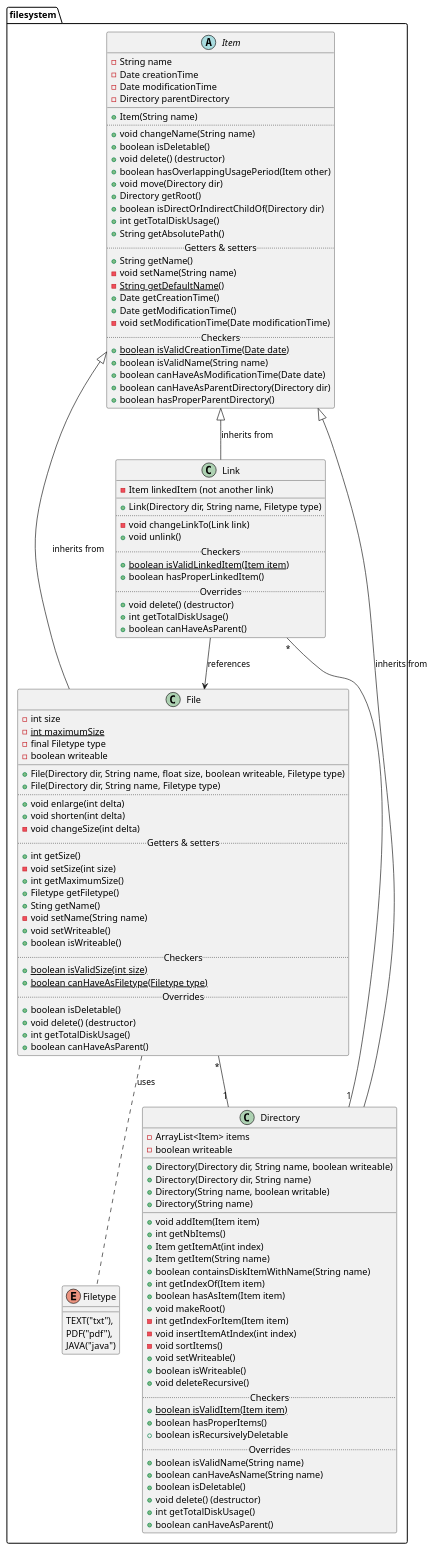
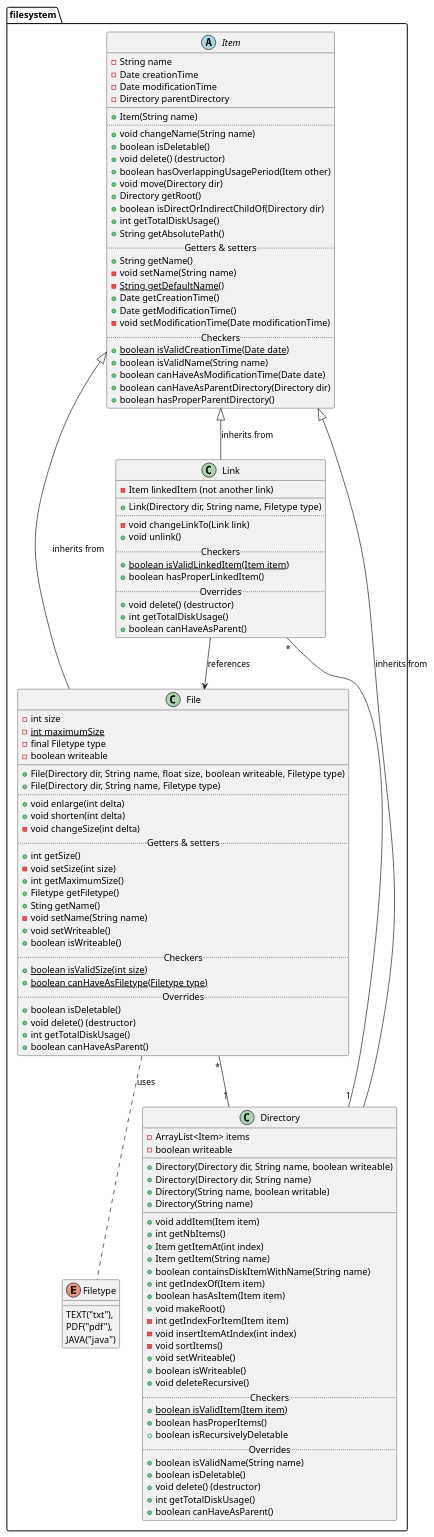
One commit to vanschependom/KULAK_ogp-practicum2 changed the diagram in class-diagram/classdiagram_update.puml. Above: the diagram before and after it, drawn with PlantUML. The commit also changed 2 other files, not shown here.

Commit message:
Added Directory class, deleted one line in class diagram, added a todo to Item class

```diff
--- a/class-diagram/classdiagram_update.puml
+++ b/class-diagram/classdiagram_update.puml
@@ -1,138 +1,137 @@
 @startuml
 
 package filesystem {
 
 abstract Item {
     - String name
     - Date creationTime
     - Date modificationTime
     - Directory parentDirectory
 __
     + Item(String name)
 ..
     + void changeName(String name)
     + boolean isDeletable()
     + void delete() (destructor)
     + boolean hasOverlappingUsagePeriod(Item other)
     + void move(Directory dir)
     + Directory getRoot()
     + boolean isDirectOrIndirectChildOf(Directory dir)
     + int getTotalDiskUsage()
     + String getAbsolutePath()
 ..Getters & setters..
     + String getName()
     - void setName(String name)
     - {static} String getDefaultName()
     + Date getCreationTime()
     + Date getModificationTime()
     - void setModificationTime(Date modificationTime)
 ..Checkers..
     + {static} boolean isValidCreationTime(Date date)
     + boolean isValidName(String name)
     + boolean canHaveAsModificationTime(Date date)
     + boolean canHaveAsParentDirectory(Directory dir)
     + boolean hasProperParentDirectory()
 }
 
 class File {
     - int size
     - {static} int maximumSize
     - final Filetype type
     - boolean writeable
 __
     + File(Directory dir, String name, float size, boolean writeable, Filetype type)
     + File(Directory dir, String name, Filetype type)
 ..
     + void enlarge(int delta)
     + void shorten(int delta)
     - void changeSize(int delta)
 ..Getters & setters..
     + int getSize()
     - void setSize(int size)
     + int getMaximumSize()
     + Filetype getFiletype()
     + Sting getName()
     - void setName(String name)
     + void setWriteable()
     + boolean isWriteable()
 ..Checkers..
     + {static} boolean isValidSize(int size)
     + {static} boolean canHaveAsFiletype(Filetype type)
 ..Overrides..
     + boolean isDeletable()
     + void delete() (destructor)
     + int getTotalDiskUsage()
     + boolean canHaveAsParent()
 }
 
 enum Filetype {
     TEXT("txt"),
     PDF("pdf"),
     JAVA("java")
 }
 
 class Directory {
     - ArrayList<Item> items
     - boolean writeable
 __
     + Directory(Directory dir, String name, boolean writeable)
     + Directory(Directory dir, String name)
     + Directory(String name, boolean writable)
     + Directory(String name)
 __
     + void addItem(Item item)
     + int getNbItems()
     + Item getItemAt(int index)
     + Item getItem(String name)
     + boolean containsDiskItemWithName(String name)
     + int getIndexOf(Item item)
     + boolean hasAsItem(Item item)
     + void makeRoot()
     - int getIndexForItem(Item item)
     - void insertItemAtIndex(int index)
     - void sortItems()
     + void setWriteable()
     + boolean isWriteable()
     + void deleteRecursive()
 ..Checkers..
     + {static} boolean isValidItem(Item item)
     + boolean hasProperItems()
     + boolean isRecursivelyDeletable
 .. Overrides ..
     + boolean isValidName(String name)
-    + boolean canHaveAsName(String name)
     + boolean isDeletable()
     + void delete() (destructor)
     + int getTotalDiskUsage()
     + boolean canHaveAsParent()
 }
 
 class Link {
     - Item linkedItem (not another link)
 __
     + Link(Directory dir, String name, Filetype type)
 ..
     - void changeLinkTo(Link link)
     + void unlink()
 ..Checkers..
     + {static} boolean isValidLinkedItem(Item item)
     + boolean hasProperLinkedItem()
 ..Overrides..
     + void delete() (destructor)
     + int getTotalDiskUsage()
     + boolean canHaveAsParent()
 }
 
 Item <|-- Link: inherits from
 Item <|-- File: inherits from
 Item <|-- Directory: inherits from
 
 File .. Filetype: uses
 
 Link --> File: references
 Link "*" -- "1" Directory
 File "*" -- "1" Directory
 
 }
 
 @enduml
```
